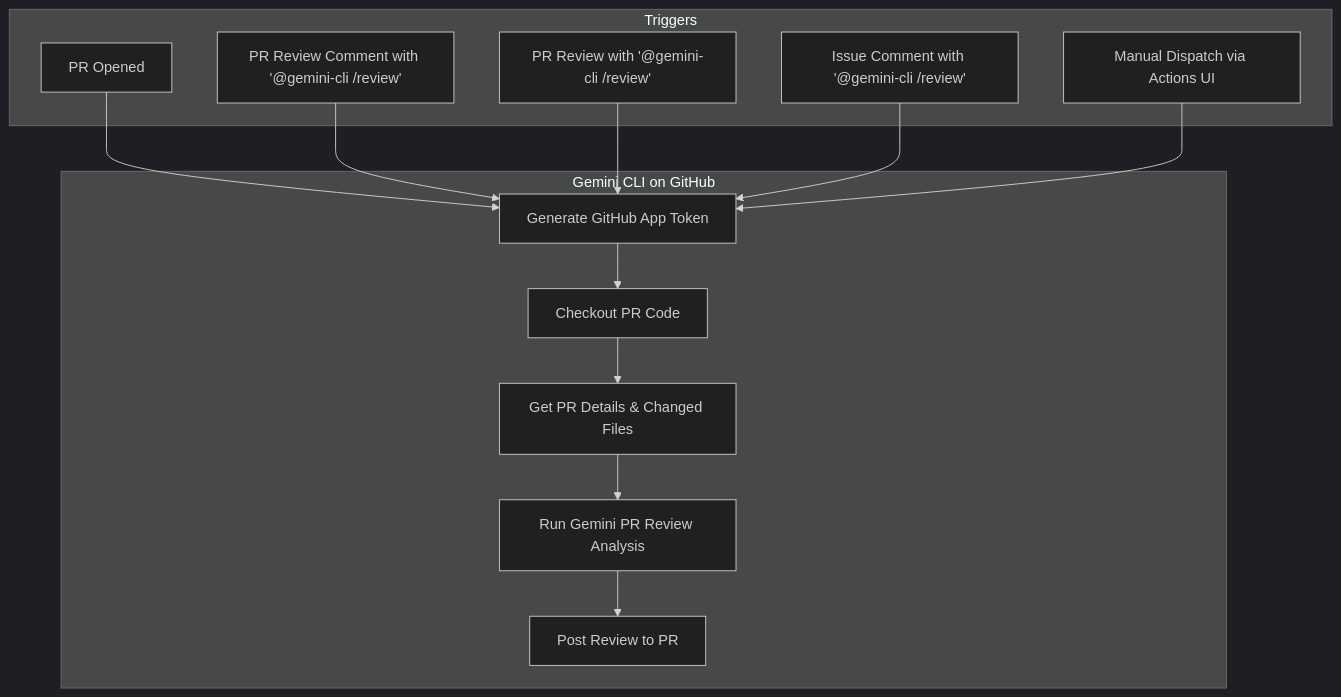
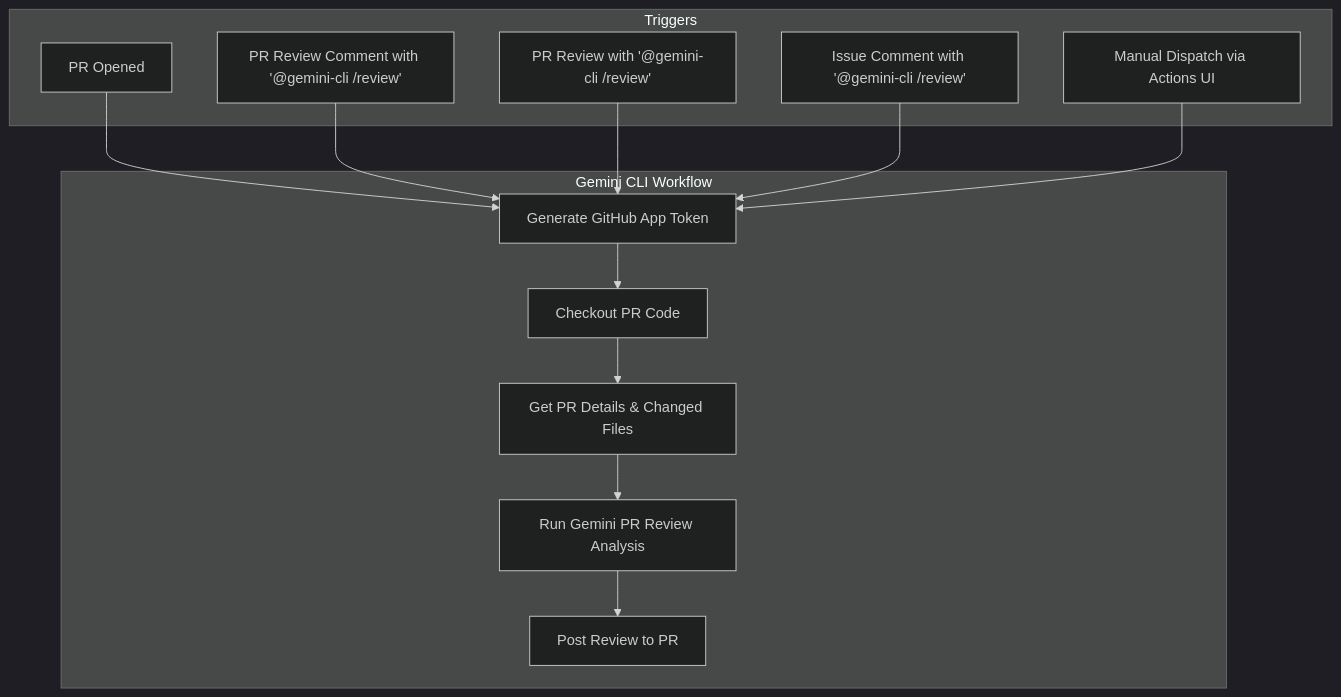
One commit to google-github-actions/run-gemini-cli changed the diagram in workflows/pr-review/README.md. Above: the diagram before and after it, drawn with Mermaid (dark theme). The commit also changed other lines of this file and 8 other files, not shown here.

````diff
--- a/workflows/pr-review/README.md
+++ b/workflows/pr-review/README.md
@@ -71,28 +72,28 @@
 ```mermaid
 flowchart TD
     subgraph Triggers
         A[PR Opened]
         B[PR Review Comment with '@gemini-cli /review']
         C[PR Review with '@gemini-cli /review']
         D[Issue Comment with '@gemini-cli /review']
         E[Manual Dispatch via Actions UI]
     end
 
-    subgraph "Gemini CLI on GitHub"
+    subgraph "Gemini CLI Workflow"
         F[Generate GitHub App Token]
         G[Checkout PR Code]
         H[Get PR Details & Changed Files]
         I[Run Gemini PR Review Analysis]
         J[Post Review to PR]
     end
 
     A --> F
     B --> F
     C --> F
     D --> F
     E --> F
     F --> G
     G --> H
     H --> I
     I --> J
 ```
````
